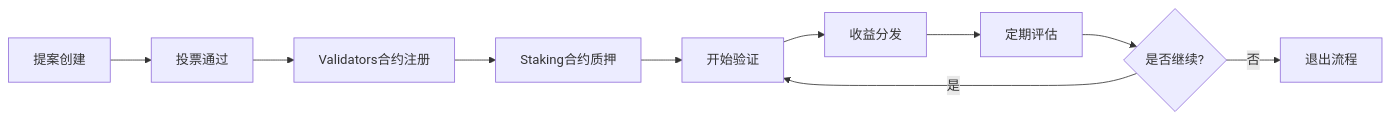
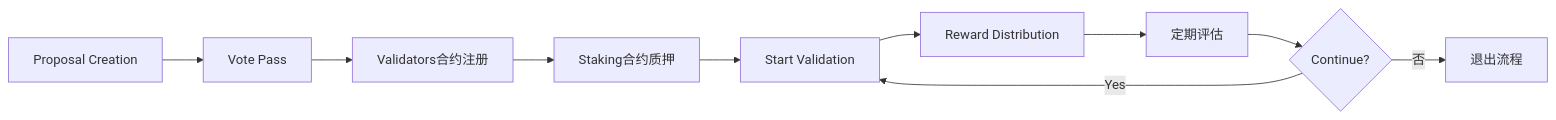
One commit to juchain-network/chain-contract changed the diagram in docs/deployment-guide.md. Above: the diagram before and after it, drawn with Mermaid. The commit also changed other lines of this file and 19 other files, not shown here.

````diff
--- a/docs/deployment-guide.md
+++ b/docs/deployment-guide.md
@@ -718,12 +718,12 @@
 ```mermaid
 graph LR
-    A[提案创建] --> B[投票通过]
+    A[Proposal Creation] --> B[Vote Pass]
     B --> C[Validators合约注册]
     C --> D[Staking合约质押]
-    D --> E[开始验证]
-    E --> F[收益分发]
+    D --> E[Start Validation]
+    E --> F[Reward Distribution]
     F --> G[定期评估]
-    G --> H{是否继续?}
-    H -->|是| E
+    G --> H{Continue?}
+    H -->|Yes| E
     H -->|否| I[退出流程]
 ```
````
